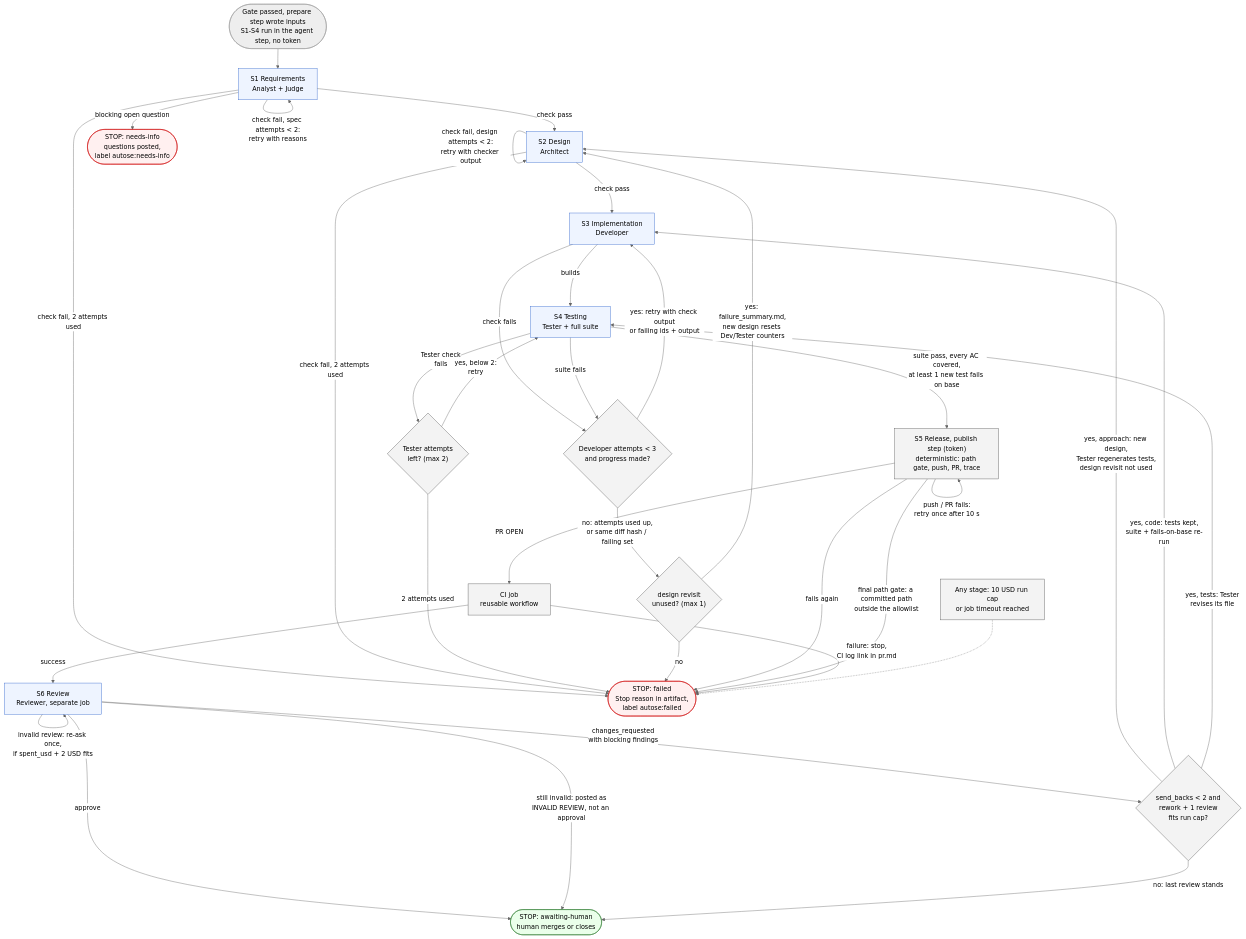
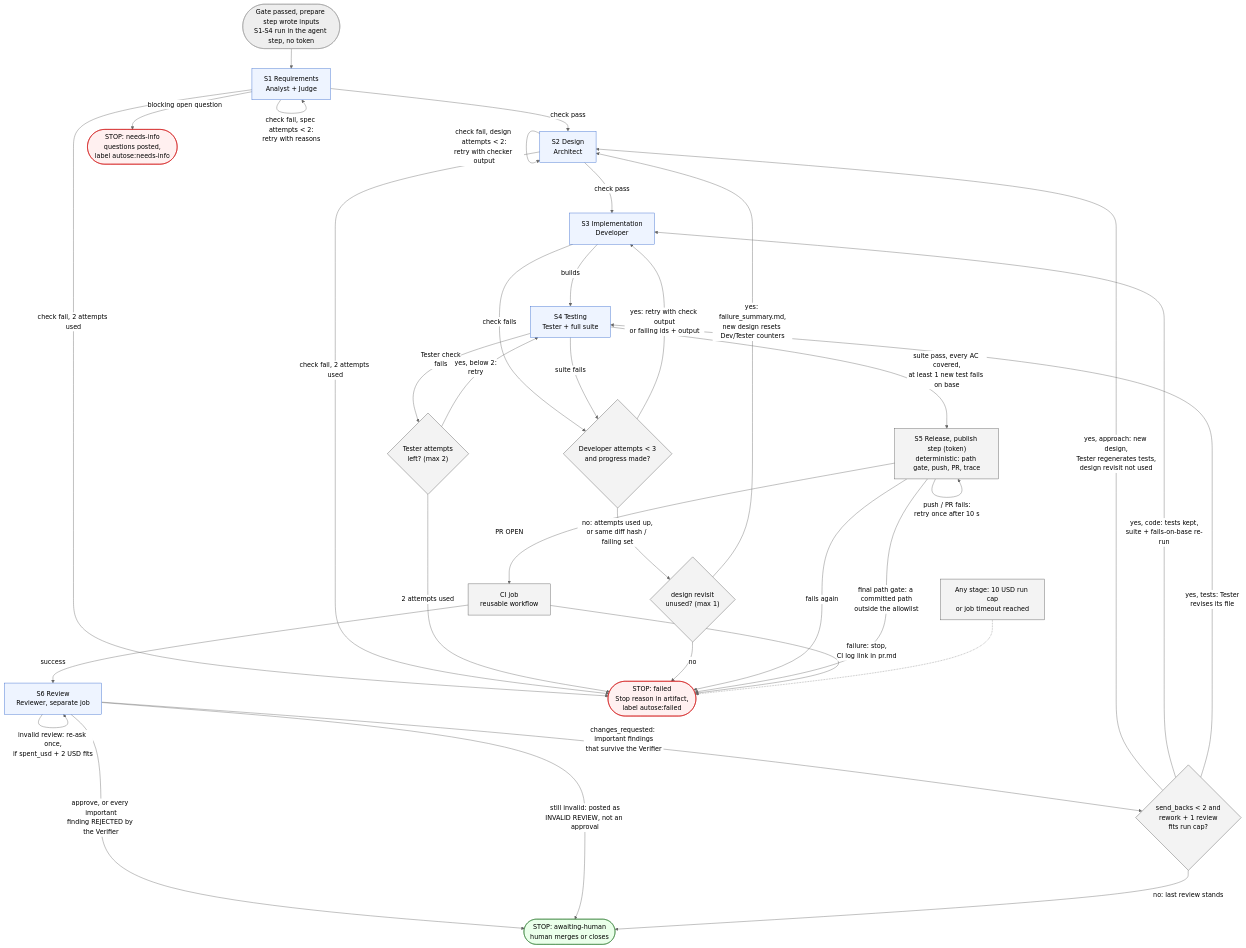
Before and after one commit to vishesh312/autose-assignment3: the diagram in architecture/views/state-machine.mmd, drawn with Mermaid (neutral theme). The commit also changed 11 other files, not shown here.

Commit message:
Update component, sequence and state-machine views and stage map for the Codex backend and the Verifier pass, and re-render the diagrams

```diff
--- a/architecture/views/state-machine.mmd
+++ b/architecture/views/state-machine.mmd
@@ -1,67 +1,67 @@
 flowchart TD
   start(["Gate passed, prepare step wrote inputs<br/>S1-S4 run in the agent step, no token"]) --> S1
 
   S1["S1 Requirements<br/>Analyst + Judge"]
   S2["S2 Design<br/>Architect"]
   S3["S3 Implementation<br/>Developer"]
   S4["S4 Testing<br/>Tester + full suite"]
   T4{"Tester attempts<br/>left? (max 2)"}
   D3{"Developer attempts &lt; 3<br/>and progress made?"}
   ESC{"design revisit<br/>unused? (max 1)"}
   S5["S5 Release, publish step (token)<br/>deterministic: path gate, push, PR, trace"]
   CI["CI job<br/>reusable workflow"]
   S6["S6 Review<br/>Reviewer, separate job"]
   ROUTE{"send_backs &lt; 2 and<br/>rework + 1 review<br/>fits run cap?"}
 
   NI(["STOP: needs-info<br/>questions posted,<br/>label autose:needs-info"])
   FAIL(["STOP: failed<br/>Stop reason in artifact,<br/>label autose:failed"])
   HUMAN(["STOP: awaiting-human<br/>human merges or closes"])
 
   S1 -->|check pass| S2
   S1 -->|blocking open question| NI
   S1 -->|check fail, spec attempts &lt; 2:<br/>retry with reasons| S1
   S1 -->|check fail, 2 attempts used| FAIL
 
   S2 -->|check pass| S3
   S2 -->|check fail, design attempts &lt; 2:<br/>retry with checker output| S2
   S2 -->|check fail, 2 attempts used| FAIL
 
   S3 -->|builds| S4
   S3 -->|check fails| D3
 
   S4 -->|suite pass, every AC covered,<br/>at least 1 new test fails on base| S5
   S4 -->|Tester check<br/>fails| T4
   T4 -->|yes, below 2:<br/>retry| S4
   T4 -->|2 attempts used| FAIL
   S4 -->|suite fails| D3
   D3 -->|yes: retry with check output<br/>or failing ids + output| S3
   D3 -->|no: attempts used up,<br/>or same diff hash / failing set| ESC
   ESC -->|yes: failure_summary.md,<br/>new design resets Dev/Tester counters| S2
   ESC -->|no| FAIL
 
   S5 -->|push / PR fails:<br/>retry once after 10 s| S5
   S5 -->|fails again| FAIL
   S5 -->|final path gate: a committed path<br/>outside the allowlist| FAIL
   S5 -->|PR OPEN| CI
   CI -->|success| S6
   CI -->|failure: stop,<br/>CI log link in pr.md| FAIL
 
   S6 -->|invalid review: re-ask once,<br/>if spent_usd + 2 USD fits| S6
-  S6 -->|approve| HUMAN
-  S6 -->|changes_requested<br/>with blocking findings| ROUTE
+  S6 -->|approve, or every important<br/>finding REJECTED by the Verifier| HUMAN
+  S6 -->|changes_requested: important findings<br/>that survive the Verifier| ROUTE
   S6 -->|still invalid: posted as<br/>INVALID REVIEW, not an approval| HUMAN
   ROUTE -->|yes, approach: new design,<br/>Tester regenerates tests,<br/>design revisit not used| S2
   ROUTE -->|yes, code: tests kept,<br/>suite + fails-on-base re-run| S3
   ROUTE -->|yes, tests: Tester<br/>revises its file| S4
   ROUTE -->|no: last review stands| HUMAN
 
   BUDGET["Any stage: 10 USD run cap<br/>or job timeout reached"] -.-> FAIL
 
   classDef stop fill:#fff0f0,stroke:#c00
   classDef human fill:#eaffea,stroke:#2e7d32
   classDef stage fill:#eef4ff,stroke:#3366cc
   classDef det fill:#f3f3f3,stroke:#555
   class NI,FAIL stop
   class HUMAN human
   class S1,S2,S3,S4,S6 stage
   class S5,CI,ESC,ROUTE,BUDGET,T4,D3 det
```
